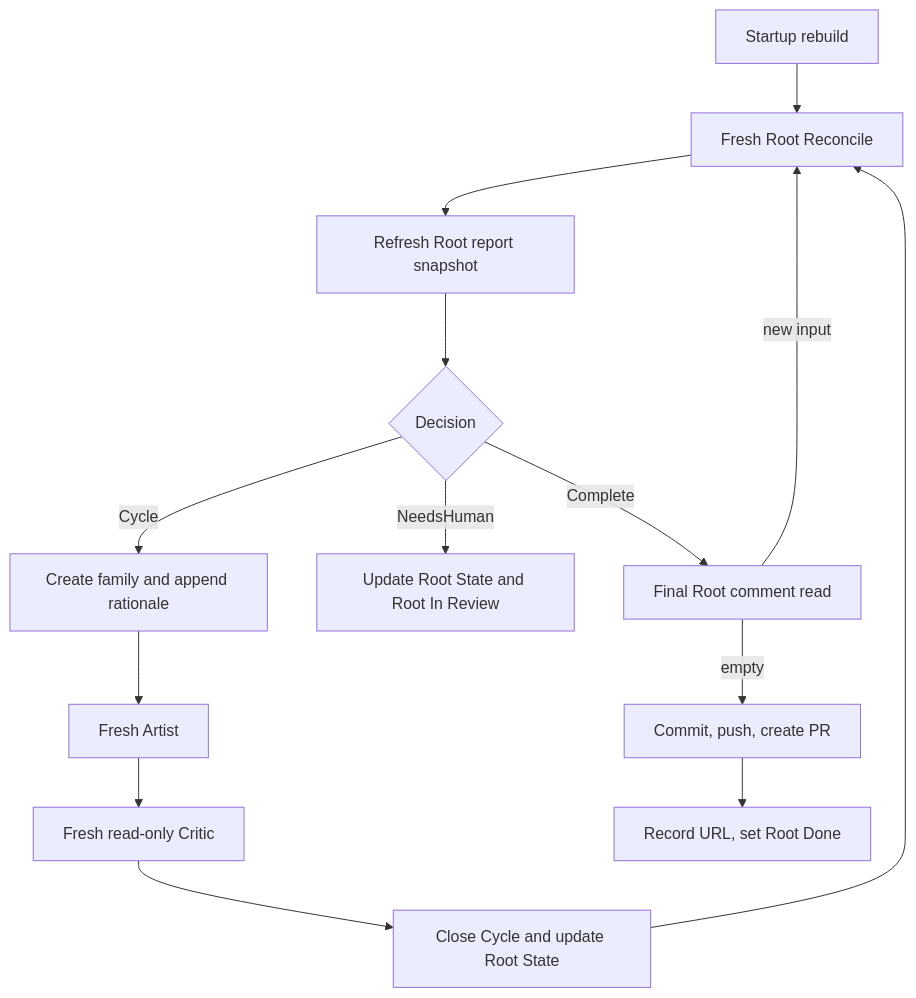
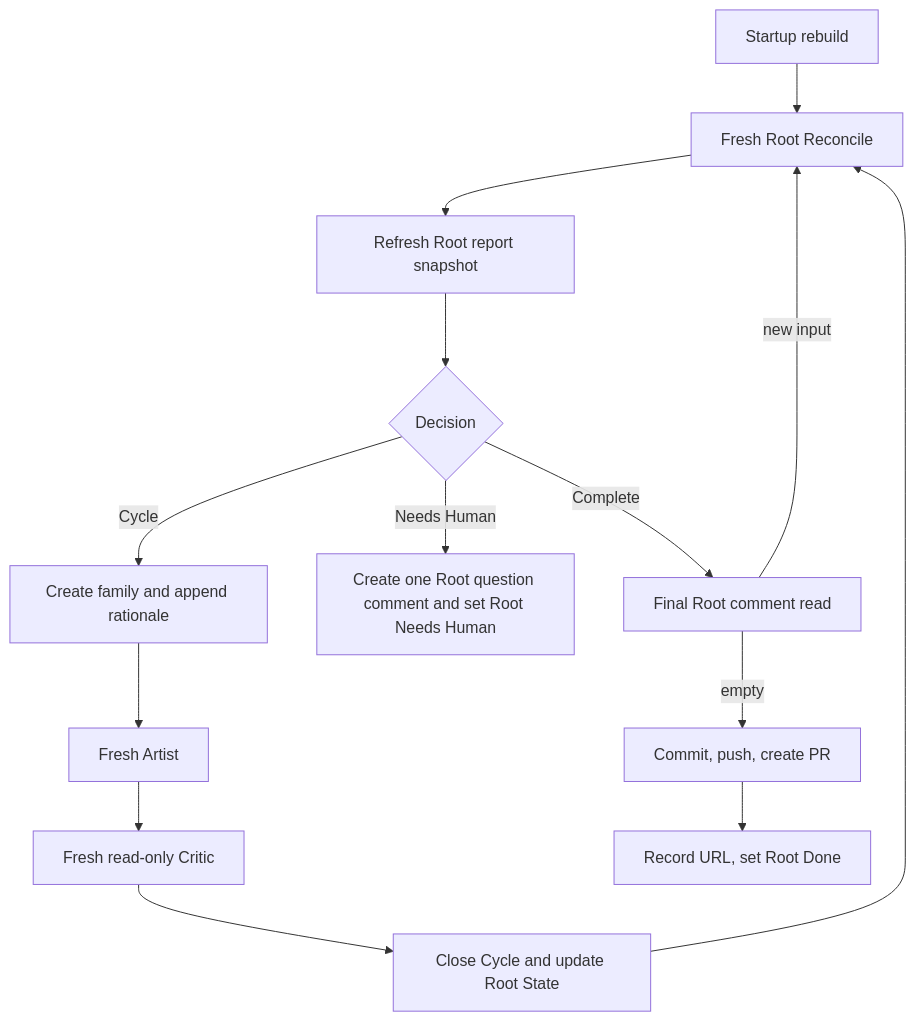
One commit to hallucination-studio/symphony changed the diagram in docs/architecture/conductor.md. Above: the diagram before and after it, drawn with Mermaid. The commit also changed other lines of this file and 9 other files, not shown here.

Commit message:
docs: define Root needs human workflow

````diff
--- a/docs/architecture/conductor.md
+++ b/docs/architecture/conductor.md
@@ -132,17 +131,17 @@
 ```mermaid
 %% source-rules: WF-ROUTE-001 WF-ROUTE-002 WF-ROUTE-003 WF-ROUTE-004 WF-ROUTE-005 WF-ROUTE-006 WF-ROUTE-007 WF-ROUTE-008
 flowchart TD
   Start[Startup rebuild] --> Reconcile[Fresh Root Reconcile]
   Reconcile --> Report[Refresh Root report snapshot]
   Report --> Decision{Decision}
   Decision -->|Cycle| Create[Create family and append rationale]
   Create --> Artist[Fresh Artist]
   Artist --> Critic[Fresh read-only Critic]
   Critic --> Close[Close Cycle and update Root State]
   Close --> Reconcile
-  Decision -->|NeedsHuman| Stop[Update Root State and Root In Review]
+  Decision -->|Needs Human| Stop[Create one Root question comment and set Root Needs Human]
   Decision -->|Complete| Inbox[Final Root comment read]
   Inbox -->|new input| Reconcile
   Inbox -->|empty| PR[Commit, push, create PR]
   PR --> Done[Record URL, set Root Done]
 ```
````
